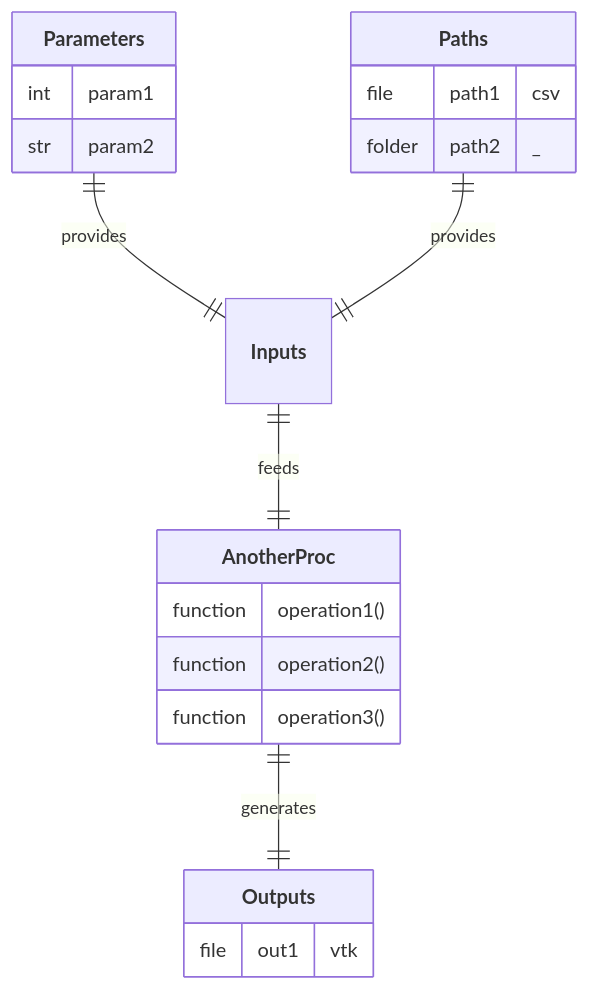
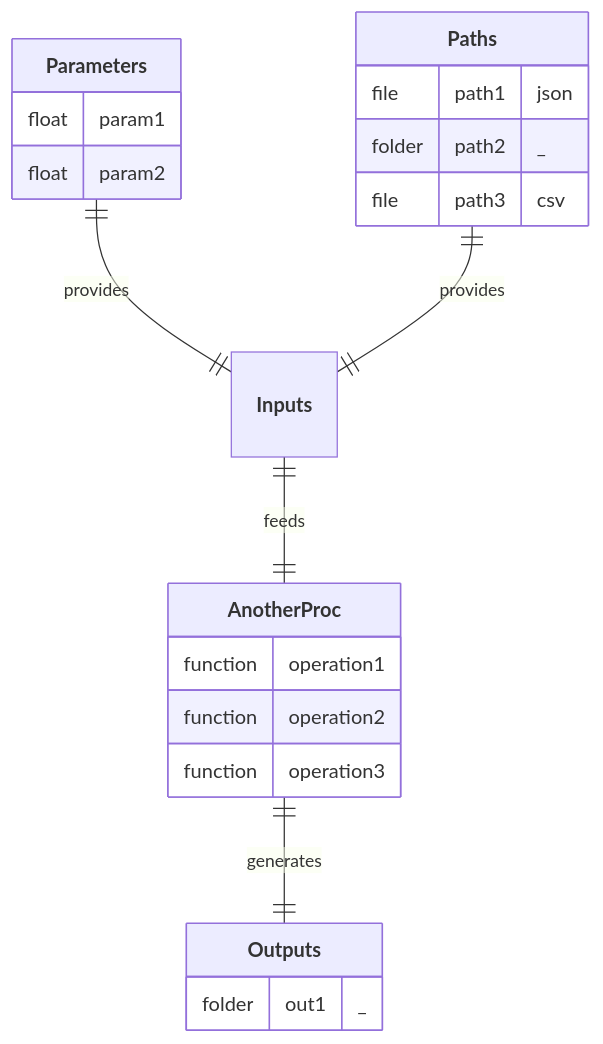
Before and after one commit to nuremics/nuremics: the fourth of 17 diagrams in README.md, drawn with Mermaid. The commit also changed other lines of this file, not shown here.

````diff
--- a/README.md
+++ b/README.md
@@ -158,24 +151,25 @@
 ```mermaid
 erDiagram
   **Parameters** ||--|| **Inputs** : provides
   **Paths** ||--|| **Inputs** : provides
   **Inputs** ||--|| **AnotherProc** : feeds
   **AnotherProc** ||--|| **Outputs** : generates
 
   **Parameters** {
-    int param1
-    str param2
+    float param1
+    float param2
   }
   **Paths** {
-    file path1 "csv"
+    file path1 "json"
     folder path2 "_"
+    file path3 "csv"
   }
   **AnotherProc** {
-    function operation1()
-    function operation2()
-    function operation3()
+    function operation1
+    function operation2
+    function operation3
   }
   **Outputs** {
-    file out1 "vtk"
+    folder out1 "_"
   }
 ```
````
